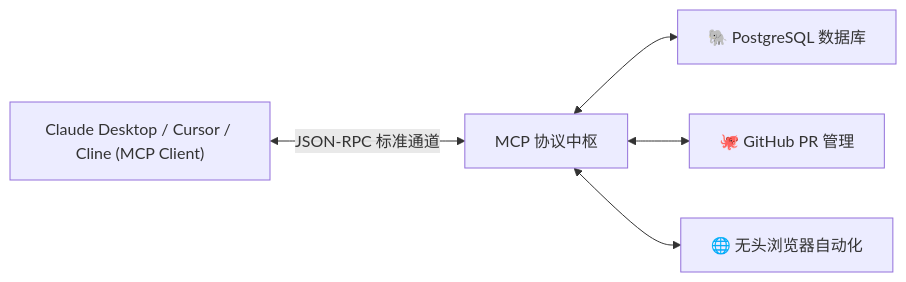
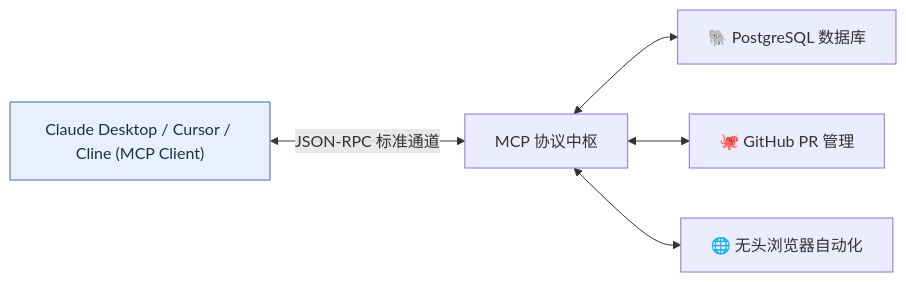
One commit to buffer121328/vibe-coding-and-agents changed the diagram in 02_概念扫盲/img/diagrams/13-diagram-03.mmd. Above: the diagram before and after it, drawn with Mermaid. The commit also changed 168 other files, not shown here.

```diff
--- a/02_概念扫盲/img/diagrams/13-diagram-03.mmd
+++ b/02_概念扫盲/img/diagrams/13-diagram-03.mmd
@@ -1,5 +1,8 @@
 graph LR
     IDE["Claude Desktop / Cursor / Cline (MCP Client)"] <-->|JSON-RPC 标准通道| MCPHub["MCP 协议中枢"]
     MCPHub <--> PostgreSQL["🐘 PostgreSQL 数据库"]
     MCPHub <--> GitHubAPI["🐙 GitHub PR 管理"]
     MCPHub <--> Browser["🌐 无头浏览器自动化"]
+
+%% Academic palette: restrained blue, teal, gold, violet, and coral accents.
+style IDE fill:#E8F1FB,stroke:#3A6EA5,color:#17324D
```
